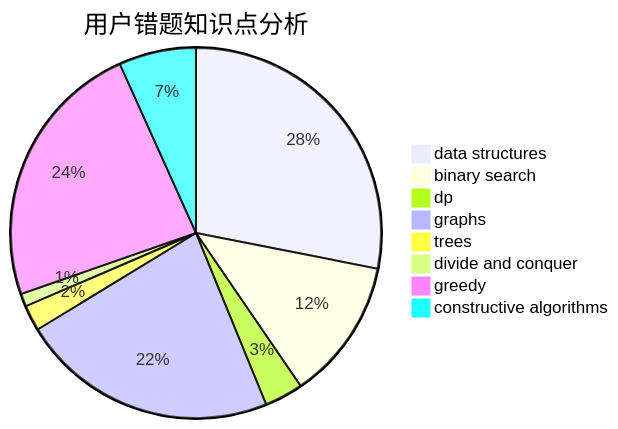
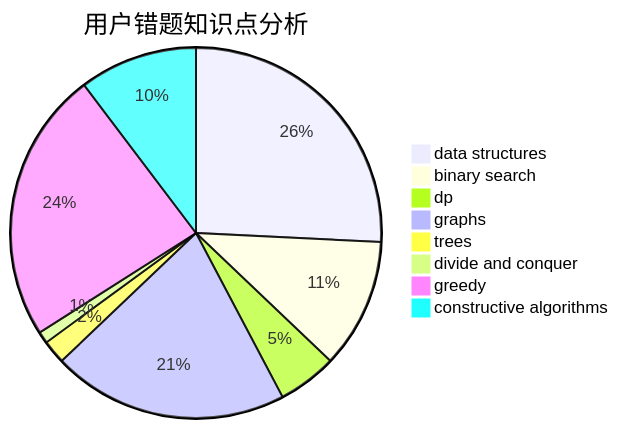
One commit to sherpahu/cfrs.github.io changed the third of 3 diagrams in docs/user/u2578.md. Above: the diagram before and after it, drawn with Mermaid. The commit also changed other lines of this file and 2770 other files, not shown here.

````diff
--- a/docs/user/u2578.md
+++ b/docs/user/u2578.md
@@ -36,11 +36,11 @@
 ```mermaid
 pie title 用户错题知识点分析
     "data structures" :  25
     "binary search" :  11
-    "dp" :  3
+    "dp" :  5
     "graphs" :  20
     "trees" :  2
     "divide and conquer" :  1
-    "greedy" :  21
-    "constructive algorithms" :  6
+    "greedy" :  23
+    "constructive algorithms" :  10
 ```
````
